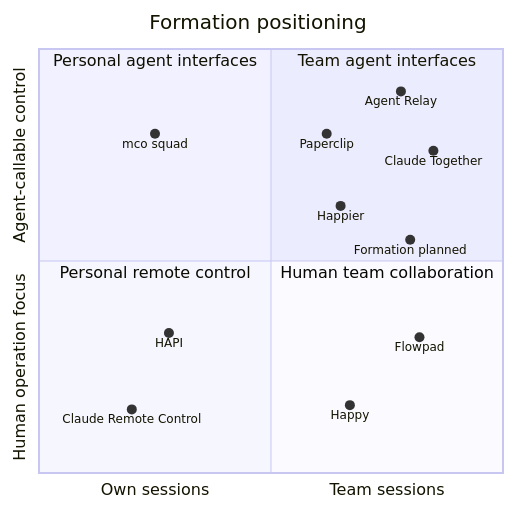
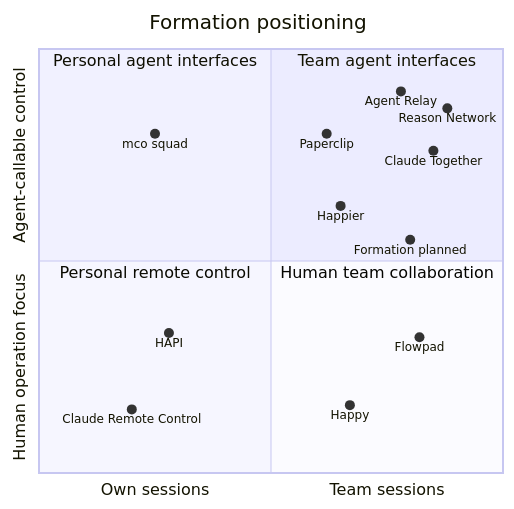
The diagram in documentations/competitive-landscape.md (callmejustdodo/OpenGrokBot), drawn with Mermaid before and after one commit. The commit also changed other lines of this file and 12 other files, not shown here.

````diff
--- a/documentations/competitive-landscape.md
+++ b/documentations/competitive-landscape.md
@@ -32,20 +33,21 @@
 ```mermaid
 quadrantChart
     title Formation positioning
     x-axis Own sessions --> Team sessions
     y-axis Human operation focus --> Agent-callable control
     quadrant-1 Team agent interfaces
     quadrant-2 Personal agent interfaces
     quadrant-3 Personal remote control
     quadrant-4 Human team collaboration
     Agent Relay: [0.78, 0.90]
+    Reason Network: [0.88, 0.86]
     Claude Together: [0.85, 0.76]
     Happier: [0.65, 0.63]
     Paperclip: [0.62, 0.80]
     Formation planned: [0.80, 0.55]
     mco squad: [0.25, 0.80]
     Flowpad: [0.82, 0.32]
     Happy: [0.67, 0.16]
     HAPI: [0.28, 0.33]
     Claude Remote Control: [0.20, 0.15]
 ```
````
